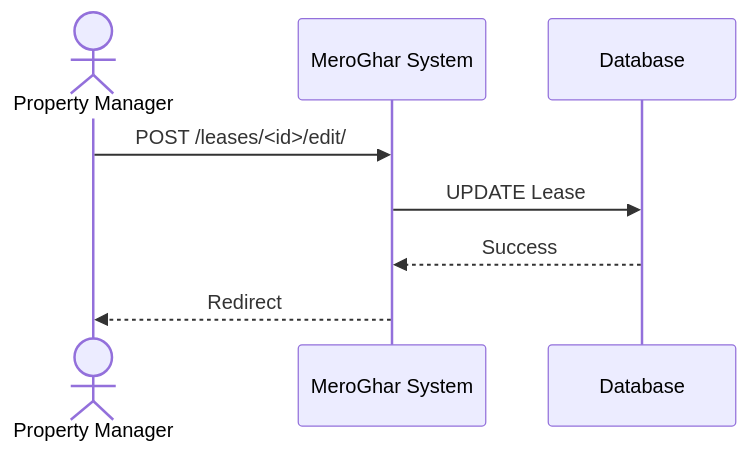
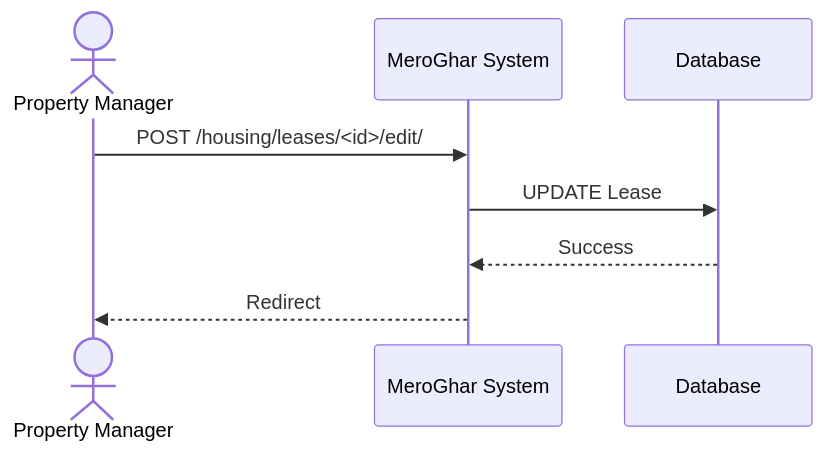
One commit to 0Ankit0/meroghar changed the third of 4 diagrams in docs/workflows/lease.md. Above: the diagram before and after it, drawn with Mermaid. The commit also changed other lines of this file and 10 other files, not shown here.

````diff
--- a/docs/workflows/lease.md
+++ b/docs/workflows/lease.md
@@ -64,11 +64,11 @@
 ```mermaid
 sequenceDiagram
     actor Manager as Property Manager
     participant System as MeroGhar System
     participant DB as Database
 
-    Manager->>System: POST /leases/<id>/edit/
+    Manager->>System: POST /housing/leases/<id>/edit/
     System->>DB: UPDATE Lease
     DB-->>System: Success
     System-->>Manager: Redirect
 ```
````
